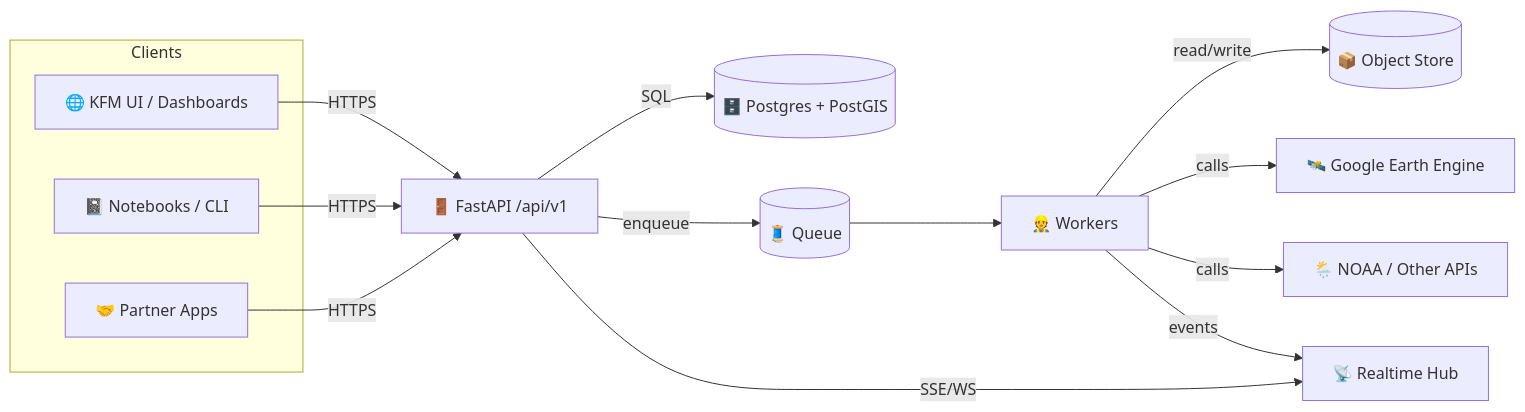
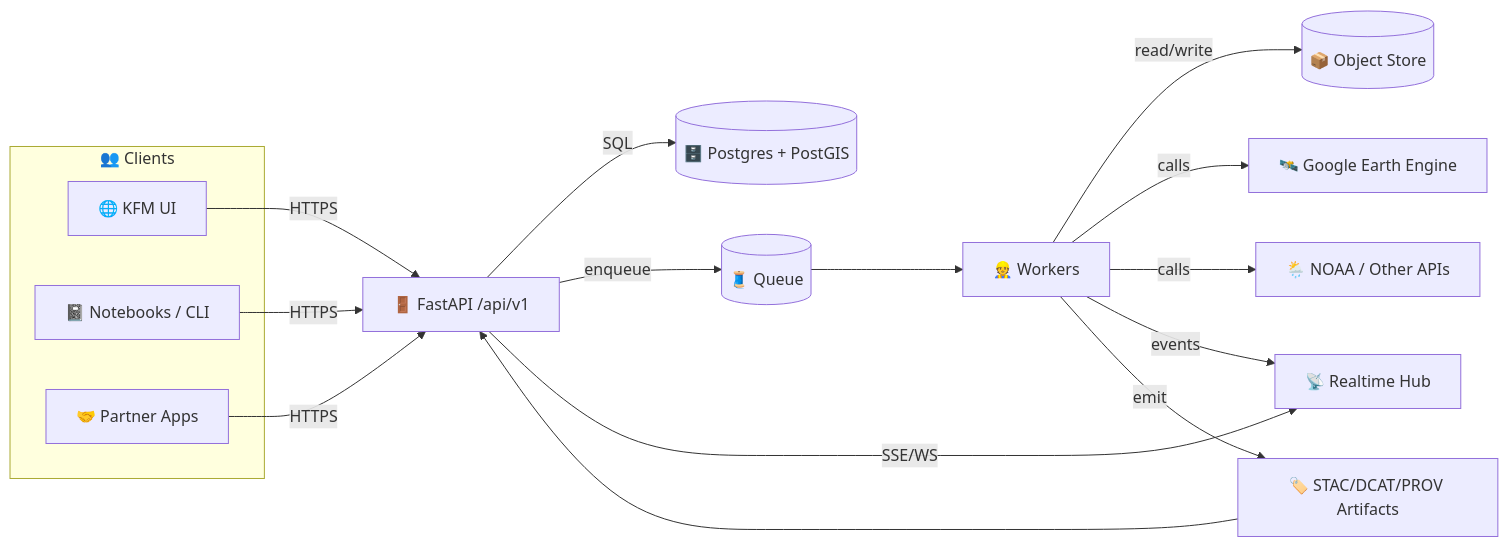
The diagram in api/README.md (bartytime4life/Kansas-Frontier-Matrix), drawn with Mermaid before and after one commit. The commit also changed other lines of this file, not shown here.

````diff
--- a/api/README.md
+++ b/api/README.md
@@ -96,22 +97,27 @@
 ```mermaid
 flowchart LR
-  subgraph Clients
-    UI[🌐 KFM UI / Dashboards]
-    NOTE[📓 Notebooks / CLI]
+  subgraph Clients["👥 Clients"]
+    UI[🌐 KFM UI]
+    NB[📓 Notebooks / CLI]
     EXT[🤝 Partner Apps]
   end
 
   UI -->|HTTPS| API[🚪 FastAPI /api/v1]
-  NOTE -->|HTTPS| API
+  NB -->|HTTPS| API
   EXT -->|HTTPS| API
 
   API -->|SQL| DB[(🗄️ Postgres + PostGIS)]
   API -->|enqueue| Q[(🧵 Queue)]
   Q --> W[👷 Workers]
+
   W -->|read/write| OBJ[(📦 Object Store)]
   W -->|calls| GEE[🛰️ Google Earth Engine]
   W -->|calls| EXTAPI[🌦️ NOAA / Other APIs]
 
   API -->|SSE/WS| RT[📡 Realtime Hub]
   W -->|events| RT
+
+  %% Governance signals
+  W -->|emit| CAT[🏷️ STAC/DCAT/PROV Artifacts]
+  CAT --> API
 ```
````
